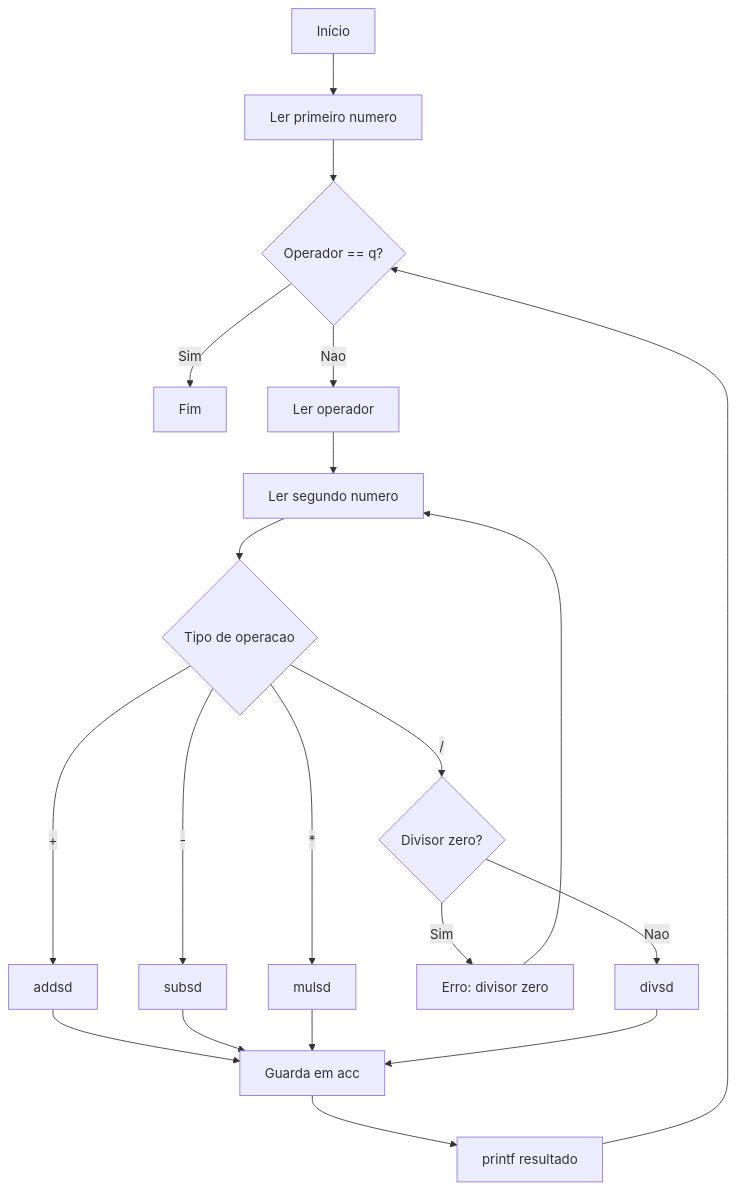
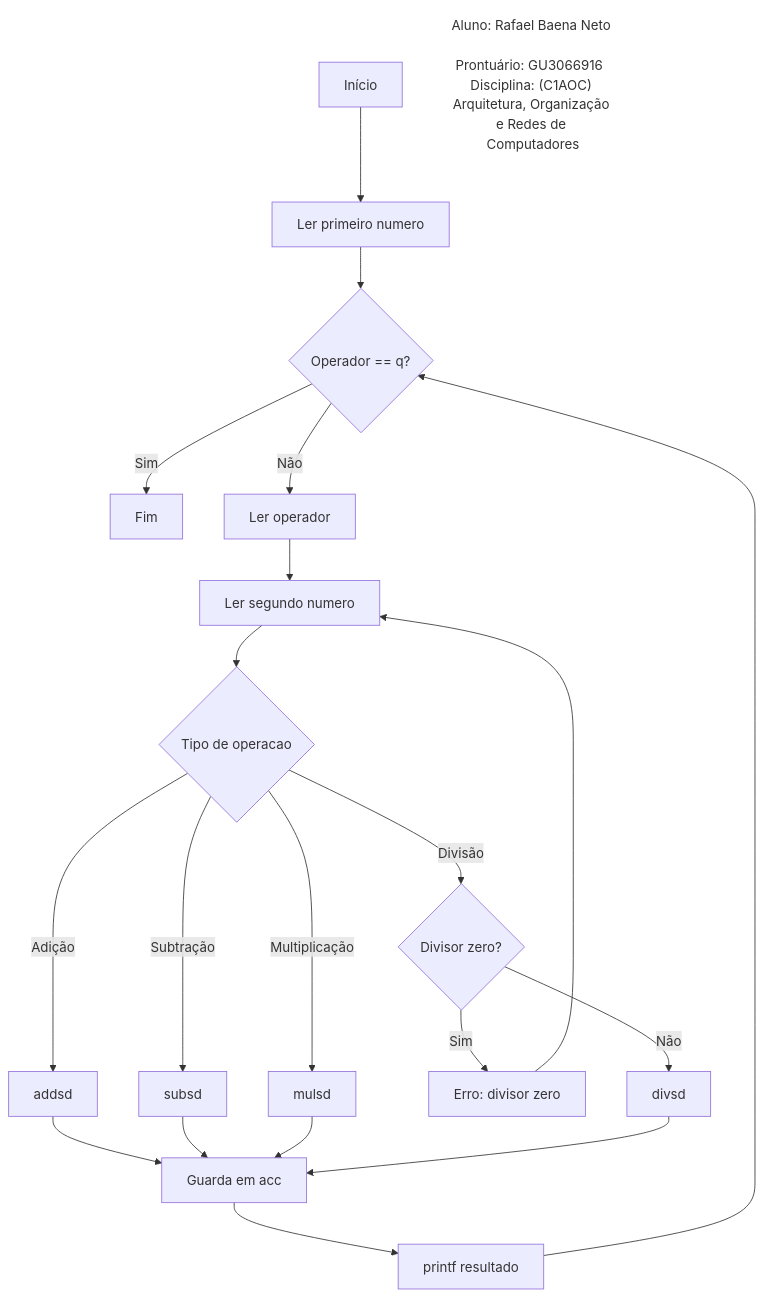
The diagram in fluxo.md (rafaelrbnet/calcASM), drawn with Mermaid before and after one commit.

````diff
--- a/fluxo.md
+++ b/fluxo.md
@@ -11,22 +6,30 @@
 ```mermaid
 flowchart TD
-    A[Início] --> B[Ler primeiro numero]
-    B --> C{Operador == q?}
-    C -->|Sim| Z[Fim]
-    C -->|Nao| D[Ler operador]
-    D --> E[Ler segundo numero]
-    E --> F{Tipo de operacao}
-    F -->|+| G[addsd]
-    F -->|-| H[subsd]
-    F -->|*| I[mulsd]
-    F -->|/| J{Divisor zero?}
-    J -->|Sim| K[Erro: divisor zero]
+    A["Início"] --> B["Ler primeiro numero"]
+    B --> C{"Operador == q?"}
+    C -- Sim --> Z["Fim"]
+    C -- Não --> D["Ler operador"]
+    D --> E["Ler segundo numero"]
+    E --> F{"Tipo de operacao"}
+    F -- Adição --> G["addsd"]
+    F -- Subtração --> H["subsd"]
+    F -- Multiplicação --> I["mulsd"]
+    F -- Divisão --> J{"Divisor zero?"}
+    J -- Sim --> K["Erro: divisor zero"]
     K --> E
-    J -->|Nao| L[divsd]
-    G --> M[Guarda em acc]
+    J -- Não --> L["divsd"]
+    G --> M["Guarda em acc"]
     H --> M
     I --> M
     L --> M
-    M --> N[printf resultado]
+    M --> N["printf resultado"]
     N --> C
+    n1["Aluno: Rafael Baena Neto  
+Prontuário: GU3066916  
+Disciplina: (C1AOC) Arquitetura, Organização e Redes de Computadores  "]
+
+    n1@{ shape: text}
+
+
+
 ```
````
